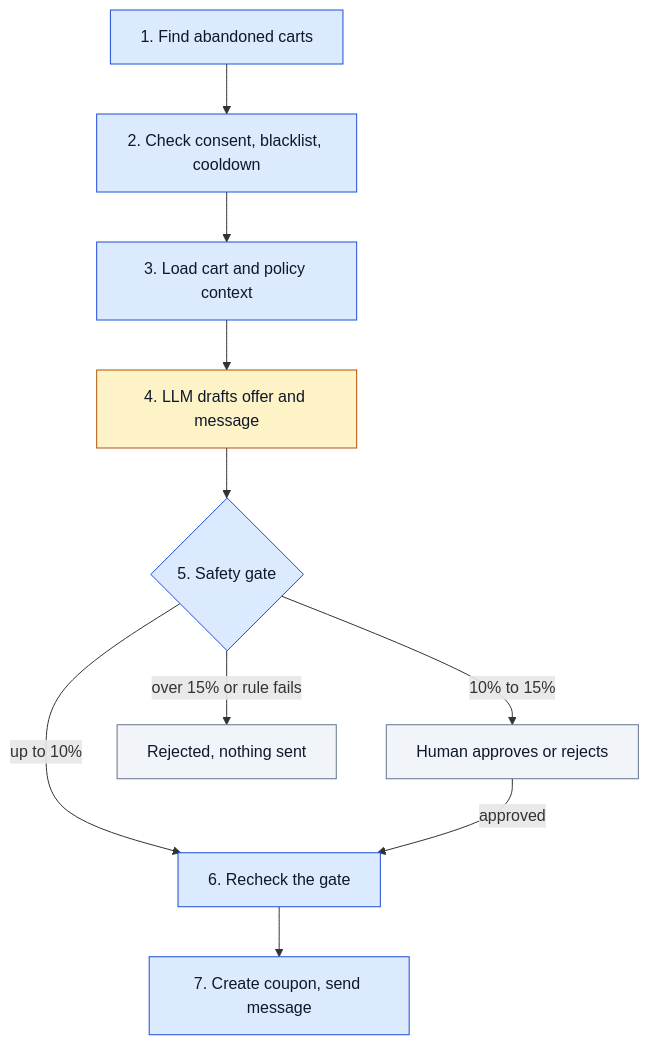
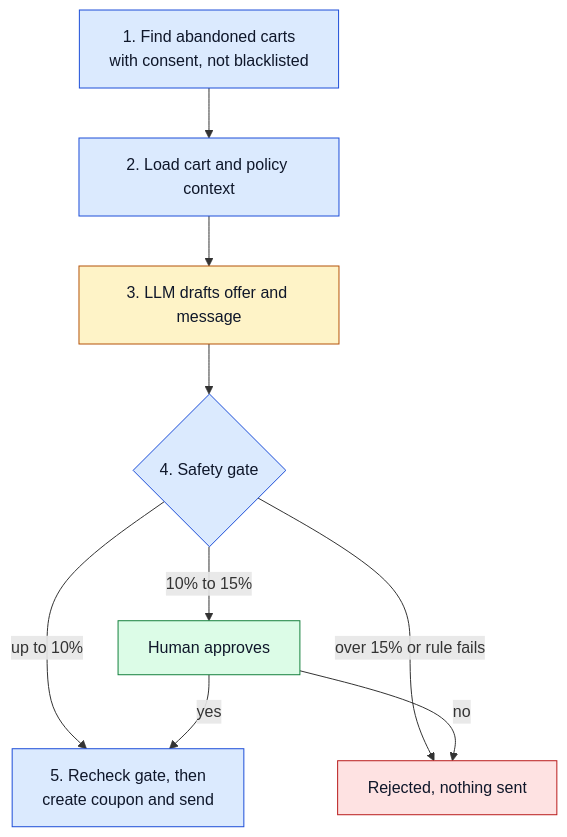
One commit to aymanaboghonim/odoo-agentic-retention-engine changed the diagram in README.md. Above: the diagram before and after it, drawn with Mermaid. The commit also changed other lines of this file, not shown here.

Commit message:
docs: compact the README run diagram; add the human-reject path
Refs #100

````diff
--- a/README.md
+++ b/README.md
@@ -16,26 +16,26 @@
 ```mermaid
 flowchart TD
-    scan["1. Find abandoned carts"]
-    check["2. Check consent, blacklist, cooldown"]
-    context["3. Load cart and policy context"]
-    llm["4. LLM drafts offer and message"]
-    gate{"5. Safety gate"}
-    human["Human approves or rejects"]
-    recheck["6. Recheck the gate"]
-    act["7. Create coupon, send message"]
+    scan["1. Find abandoned carts<br/>with consent, not blacklisted"]
+    context["2. Load cart and policy context"]
+    llm["3. LLM drafts offer and message"]
+    gate{"4. Safety gate"}
+    human["Human approves"]
     stop["Rejected, nothing sent"]
+    act["5. Recheck gate, then<br/>create coupon and send"]
 
-    scan --> check --> context --> llm --> gate
-    gate -- "up to 10%" --> recheck
+    scan --> context --> llm --> gate
     gate -- "10% to 15%" --> human
     gate -- "over 15% or rule fails" --> stop
-    human -- "approved" --> recheck
-    recheck --> act
+    gate -- "up to 10%" --> act
+    human -- "yes" --> act
+    human -- "no" --> stop
 
     classDef code fill:#dbeafe,stroke:#1d4ed8,color:#0f172a
     classDef model fill:#fef3c7,stroke:#b45309,color:#0f172a
-    classDef other fill:#f1f5f9,stroke:#64748b,color:#0f172a
-    class scan,check,context,gate,recheck,act code
+    classDef person fill:#dcfce7,stroke:#15803d,color:#0f172a
+    classDef halt fill:#fee2e2,stroke:#b91c1c,color:#0f172a
+    class scan,context,gate,act code
     class llm model
-    class human,stop other
+    class human person
+    class stop halt
 ```
````
